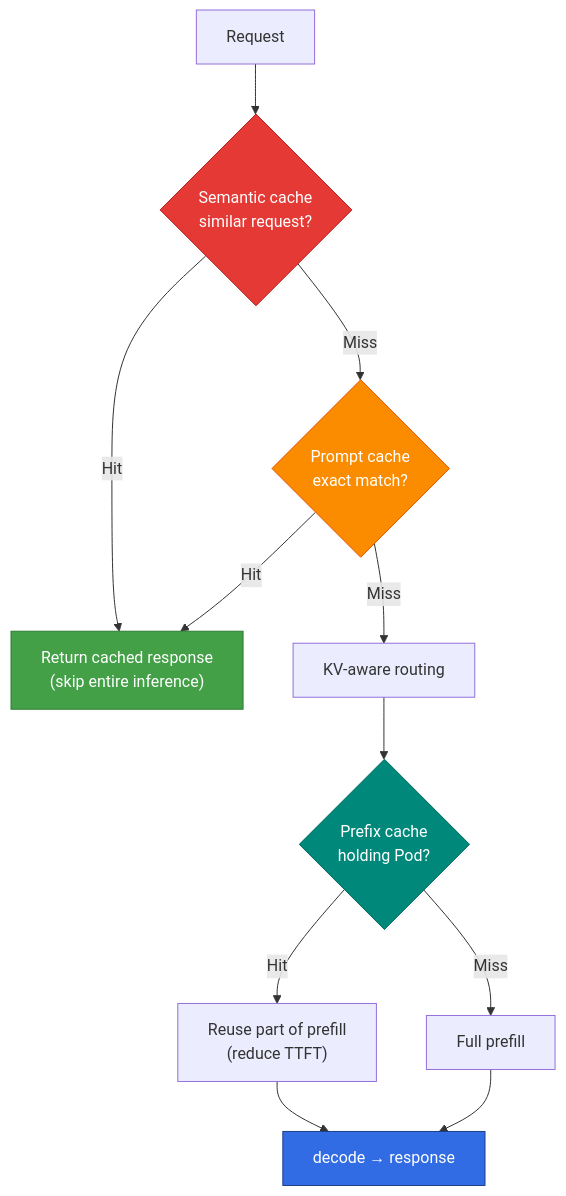
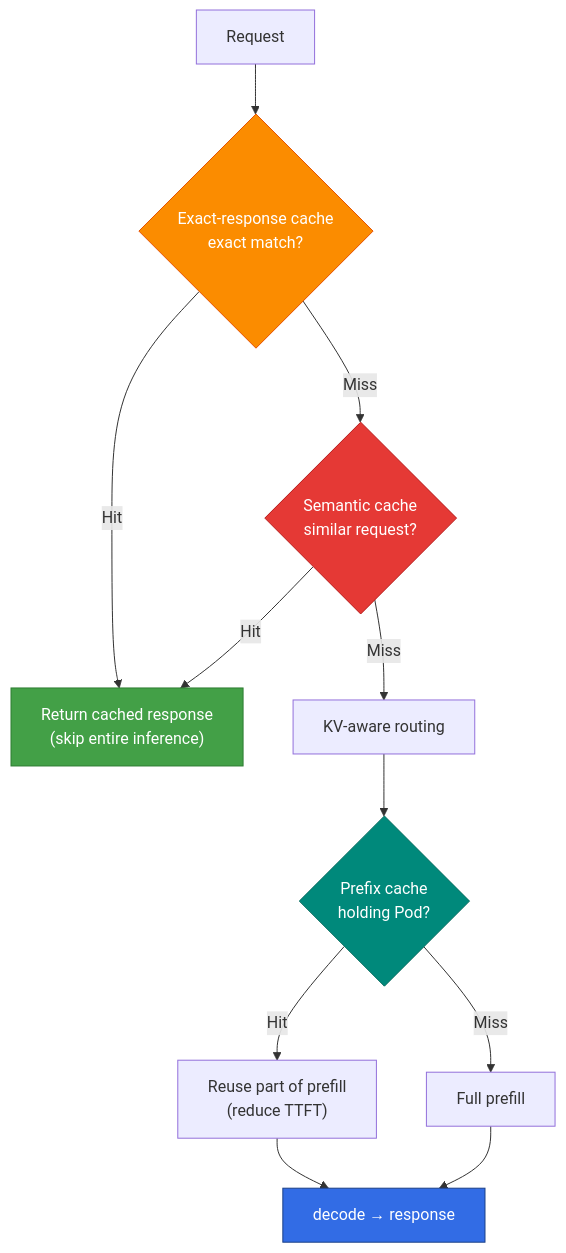
The diagram in docs/agentic-ai-platform/model-serving/inference-optimization/cache-hit-strategy.md (devfloor9/engineering-playbook), drawn with Mermaid before and after one commit. The commit also changed other lines of this file and 37 other files, not shown here.

````diff
--- a/docs/agentic-ai-platform/model-serving/inference-optimization/cache-hit-strategy.md
+++ b/docs/agentic-ai-platform/model-serving/inference-optimization/cache-hit-strategy.md
@@ -40,19 +44,19 @@
 ```mermaid
 flowchart TB
-    REQ["Request"] --> SEM{"Semantic cache<br/>similar request?"}
-    SEM -->|Hit| RESP["Return cached response<br/>(skip entire inference)"]
-    SEM -->|Miss| PROMPT{"Prompt cache<br/>exact match?"}
-    PROMPT -->|Hit| RESP
-    PROMPT -->|Miss| ROUTE["KV-aware routing"]
+    REQ["Request"] --> PROMPT{"Exact-response cache<br/>exact match?"}
+    PROMPT -->|Hit| RESP["Return cached response<br/>(skip entire inference)"]
+    PROMPT -->|Miss| SEM{"Semantic cache<br/>similar request?"}
+    SEM -->|Hit| RESP
+    SEM -->|Miss| ROUTE["KV-aware routing"]
     ROUTE --> KV{"Prefix cache<br/>holding Pod?"}
     KV -->|Hit| PARTIAL["Reuse part of prefill<br/>(reduce TTFT)"]
     KV -->|Miss| FULL["Full prefill"]
     PARTIAL --> DECODE["decode → response"]
     FULL --> DECODE
 
+    style PROMPT fill:#fb8c00,stroke:#e65100,color:#fff
     style SEM fill:#e53935,stroke:#b71c1c,color:#fff
-    style PROMPT fill:#fb8c00,stroke:#e65100,color:#fff
     style KV fill:#00897b,stroke:#00695c,color:#fff
     style RESP fill:#43a047,stroke:#2e7d32,color:#fff
     style DECODE fill:#326ce5,stroke:#1a3f87,color:#fff
 ```
````
